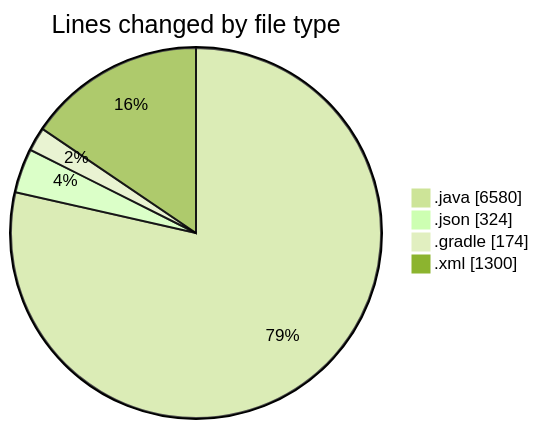
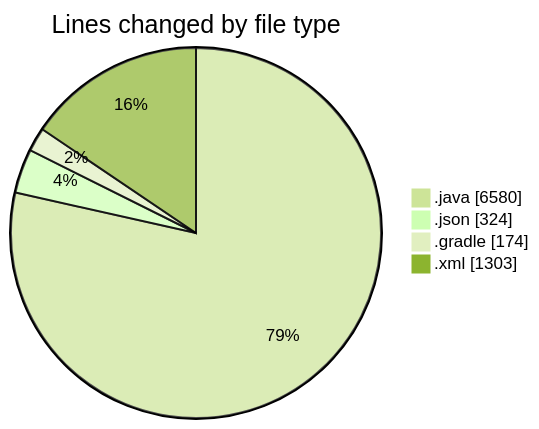
Before and after one commit to charlie-sans/code-tracking: the first of 2 diagrams in 2025-02-22/micros/README.md, drawn with Mermaid (forest theme). The commit also changed other lines of this file and 1 other file, not shown here.

````diff
--- a/2025-02-22/micros/README.md
+++ b/2025-02-22/micros/README.md
@@ -67,8 +67,8 @@
 ```mermaid
 pie showData
 title Lines changed by file type
 ".java" : 6580
 ".json" : 324
 ".gradle" : 174
-".xml" : 1300
+".xml" : 1303
 ```
````
